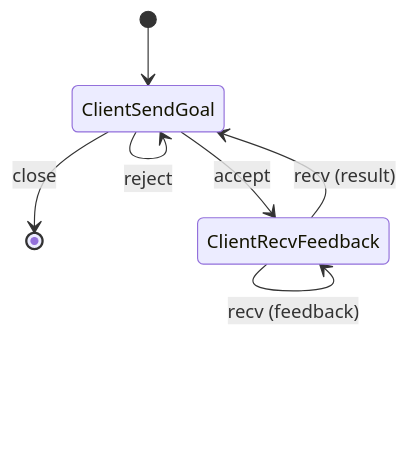
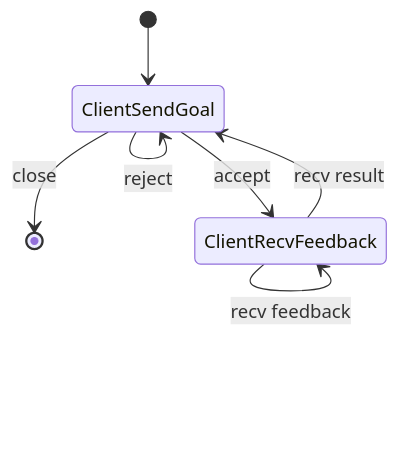
The third of 3 diagrams in specification/t4os_async_lib/src/action.rs/README.md (tier4/awkernel), drawn with Mermaid before and after one commit. The commit also changed other lines of this file and 3 other files, not shown here.

````diff
--- a/specification/t4os_async_lib/src/action.rs/README.md
+++ b/specification/t4os_async_lib/src/action.rs/README.md
@@ -73,9 +79,9 @@
 ```mermaid
 stateDiagram
     [*] --> ClientSendGoal
     ClientSendGoal --> [*]: close
     ClientSendGoal --> ClientRecvFeedback: accept
     ClientSendGoal --> ClientSendGoal: reject
-    ClientRecvFeedback --> ClientRecvFeedback: recv (feedback)
-    ClientRecvFeedback --> ClientSendGoal: recv (result)
+    ClientRecvFeedback --> ClientRecvFeedback: recv feedback
+    ClientRecvFeedback --> ClientSendGoal: recv result
 ```
````
